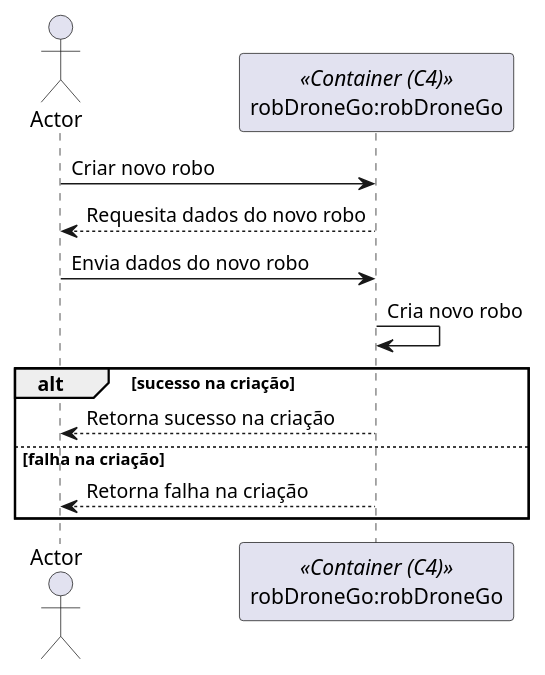
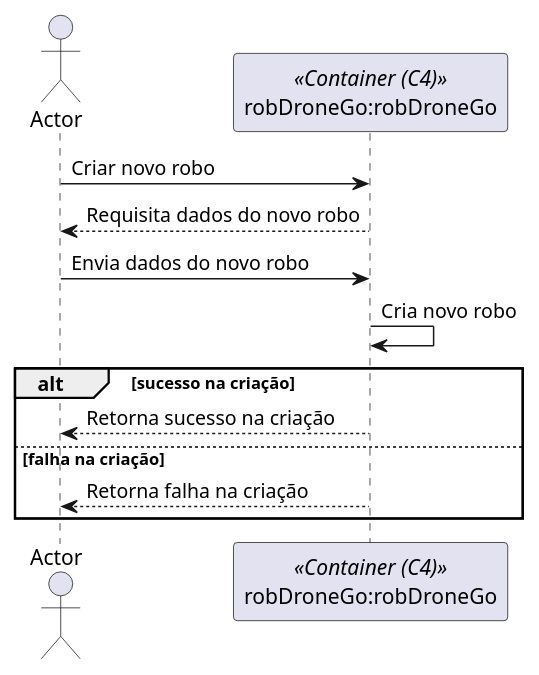
One commit to ruben1132/PI5_23-24 changed the diagram in docs/nivel1/N1_US360.puml. Above: the diagram before and after it, drawn with PlantUML. The commit also changed 8 other files, not shown here.

```diff
--- a/docs/nivel1/N1_US360.puml
+++ b/docs/nivel1/N1_US360.puml
@@ -1,18 +1,18 @@
 @startuml
 
 actor Actor as Actor
 participant "robDroneGo:robDroneGo" as Container <<Container (C4)>>
 
 Actor -> Container: Criar novo robo
-Container --> Actor: Requesita dados do novo robo
+Container --> Actor: Requisita dados do novo robo
 
 Actor -> Container: Envia dados do novo robo
 Container -> Container: Cria novo robo
 
 alt sucesso na criação
     Container --> Actor: Retorna sucesso na criação
 else falha na criação
     Container --> Actor: Retorna falha na criação
 end
 
 @enduml
```
